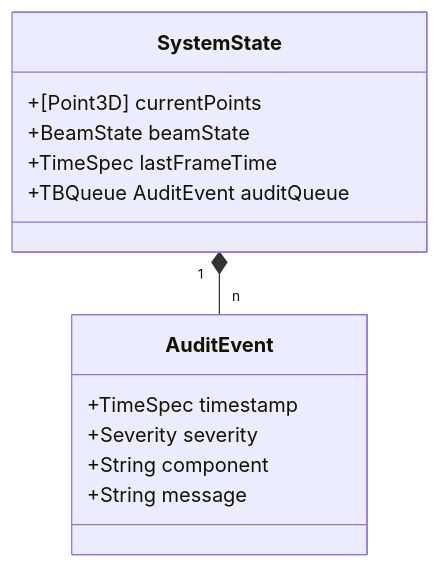
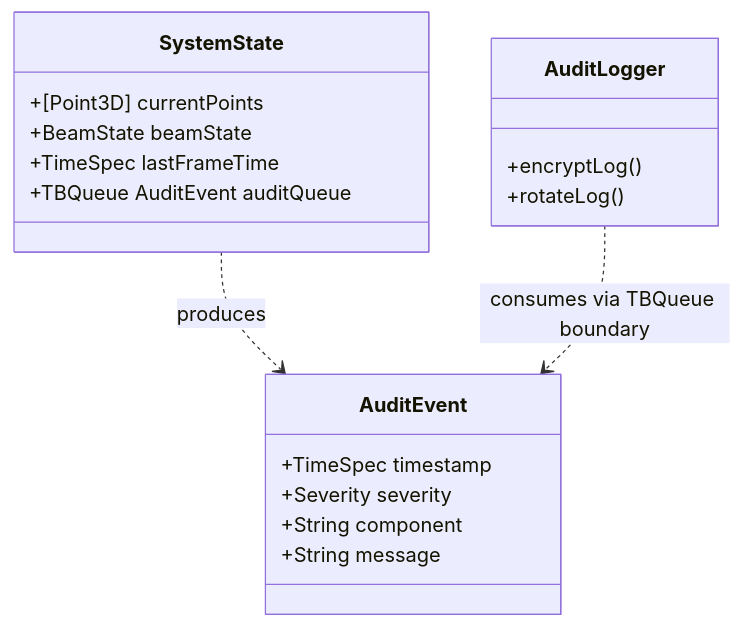
The seventh of 8 diagrams in docs/SYSTEM_DIAGRAMS.md (fderuiter/lambda-wave), drawn with Mermaid before and after one commit. The commit also changed other lines of this file, not shown here.

First line of the commit message:
docs: Add comprehensive system architecture and FFI Mermaid diagrams

````diff
--- a/docs/SYSTEM_DIAGRAMS.md
+++ b/docs/SYSTEM_DIAGRAMS.md
@@ -178,16 +187,21 @@
 ```mermaid
 classDiagram
     class SystemState {
         +[Point3D] currentPoints
         +BeamState beamState
         +TimeSpec lastFrameTime
         +TBQueue AuditEvent auditQueue
     }
     class AuditEvent {
         +TimeSpec timestamp
         +Severity severity
         +String component
         +String message
     }
-    SystemState "1" *-- "n" AuditEvent
+    class AuditLogger {
+        +encryptLog()
+        +rotateLog()
+    }
+    SystemState ..> AuditEvent : produces
+    AuditLogger ..> AuditEvent : consumes via TBQueue boundary
 ```
````
